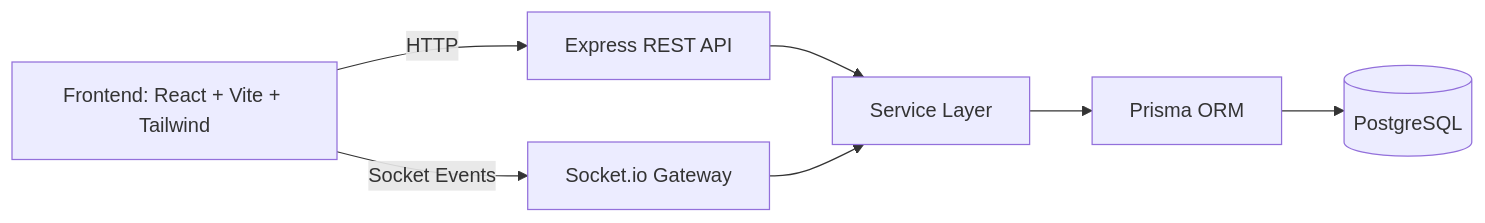
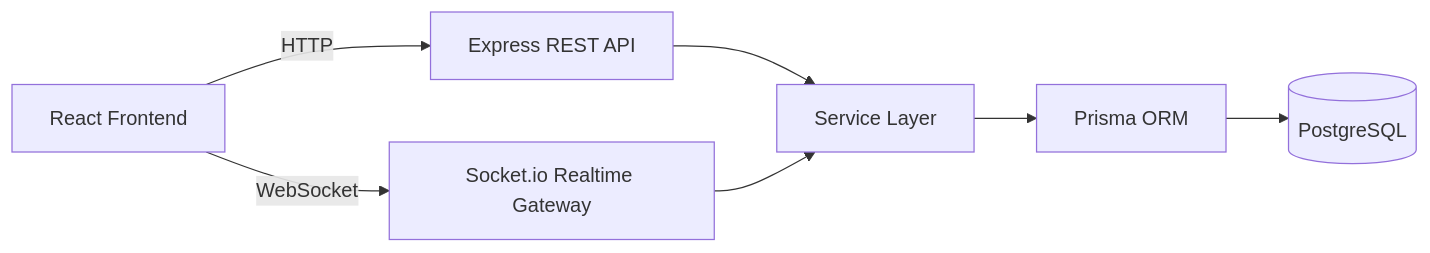
The second of 2 diagrams in README.md (devsuthar-ai-ml/real-time-collaboration-platform), drawn with Mermaid before and after one commit. The commit also changed other lines of this file, not shown here.

````diff
--- a/README.md
+++ b/README.md
@@ -91,15 +118,15 @@
 ```mermaid
 flowchart LR
-  FE[Frontend: React + Vite + Tailwind]
-  API[Express REST API]
-  WS[Socket.io Gateway]
+  FE[React Frontend]
+  REST[Express REST API]
+  RT[Socket.io Realtime Gateway]
   SVC[Service Layer]
   ORM[Prisma ORM]
   DB[(PostgreSQL)]
 
-  FE -->|HTTP| API
-  FE -->|Socket Events| WS
-  API --> SVC
-  WS --> SVC
+  FE -->|HTTP| REST
+  FE -->|WebSocket| RT
+  REST --> SVC
+  RT --> SVC
   SVC --> ORM --> DB
 ```
````
